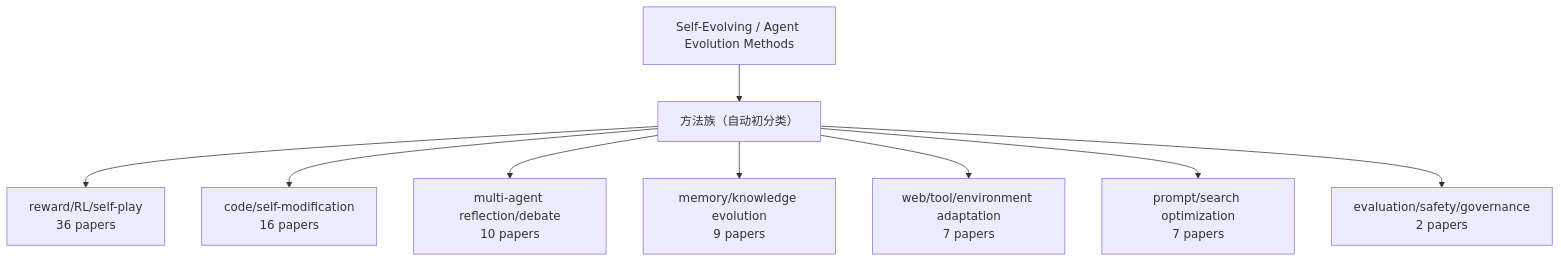
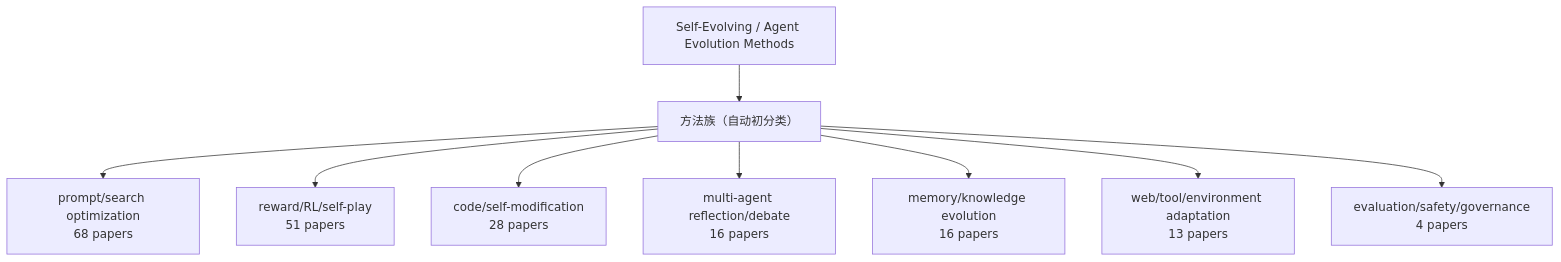
Before and after one commit to Shiyao-Huang/awesome-agent-evolution: the diagram in survey/figures/method-taxonomy-mermaid.md, drawn with Mermaid. The commit also changed other lines of this file and 112 other files, not shown here.

````diff
--- a/survey/figures/method-taxonomy-mermaid.md
+++ b/survey/figures/method-taxonomy-mermaid.md
@@ -8,18 +8,18 @@
 ```mermaid
 flowchart TD
     Root["Self-Evolving / Agent Evolution Methods"] --> Methods["方法族（自动初分类）"]
+    Methods --> promptsearchoptimization
     Methods --> rewardRLselfplay
     Methods --> codeselfmodification
     Methods --> multiagentreflectiondeba
     Methods --> memoryknowledgeevolution
     Methods --> webtoolenvironmentadapta
-    Methods --> promptsearchoptimization
     Methods --> evaluationsafetygovernan
-        rewardRLselfplay["reward/RL/self-play<br/>36 papers"]
-        codeselfmodification["code/self-modification<br/>16 papers"]
-        multiagentreflectiondeba["multi-agent reflection/debate<br/>10 papers"]
-        memoryknowledgeevolution["memory/knowledge evolution<br/>9 papers"]
-        webtoolenvironmentadapta["web/tool/environment adaptation<br/>7 papers"]
-        promptsearchoptimization["prompt/search optimization<br/>7 papers"]
-        evaluationsafetygovernan["evaluation/safety/governance<br/>2 papers"]
+        promptsearchoptimization["prompt/search optimization<br/>68 papers"]
+        rewardRLselfplay["reward/RL/self-play<br/>51 papers"]
+        codeselfmodification["code/self-modification<br/>28 papers"]
+        multiagentreflectiondeba["multi-agent reflection/debate<br/>16 papers"]
+        memoryknowledgeevolution["memory/knowledge evolution<br/>16 papers"]
+        webtoolenvironmentadapta["web/tool/environment adaptation<br/>13 papers"]
+        evaluationsafetygovernan["evaluation/safety/governance<br/>4 papers"]
 ```
````
